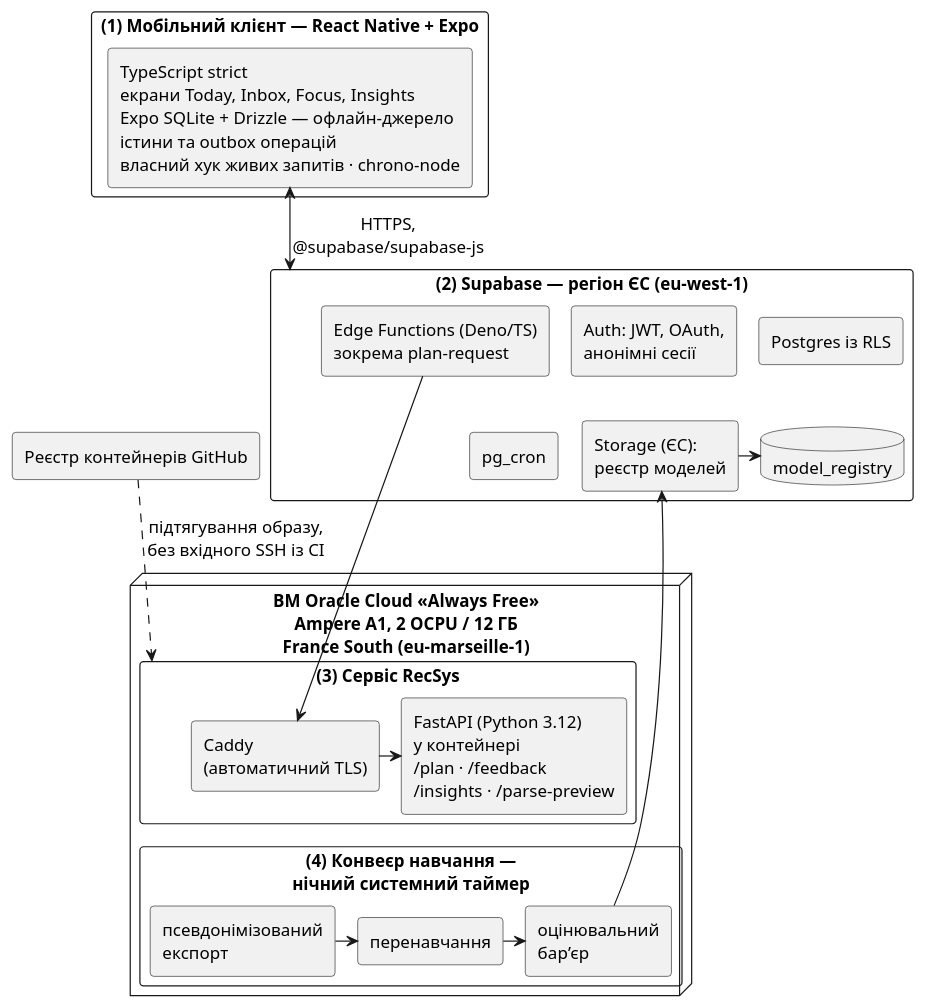
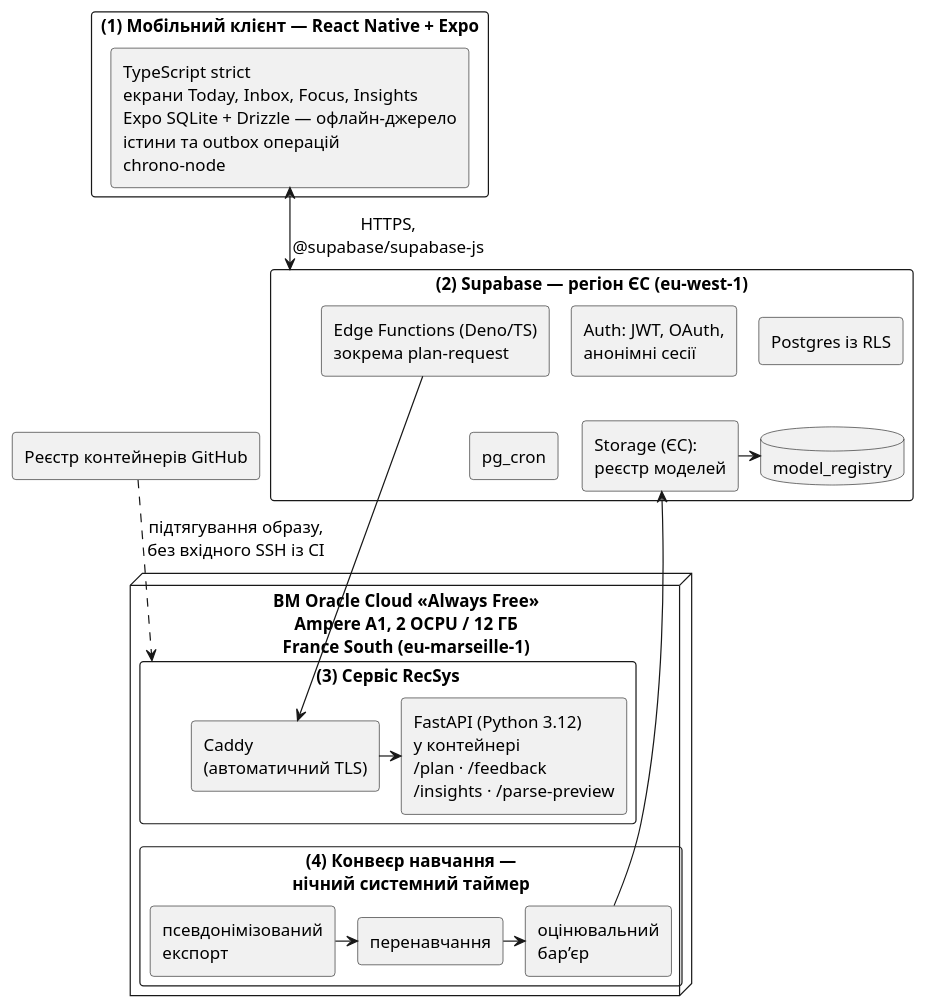
The diagram in docs/thesis/text/diagrams/3-1-architecture.puml (IKala4I/magister_work), drawn with PlantUML before and after one commit. The commit also changed 18 other files, not shown here.

```diff
--- a/docs/thesis/text/diagrams/3-1-architecture.puml
+++ b/docs/thesis/text/diagrams/3-1-architecture.puml
@@ -1,61 +1,61 @@
 @startuml
 ' Рисунок 3.1 — Загальна архітектура системи Hourwell.
 ' Джерело: текст плейсхолдера рисунка 3.1 у full.md (підрозділ 3.2) — чотири рівні, їхній склад і
 ' стрілки взято звідти; нічого поза ним. Стрілка plan-request → /plan без підпису: ім’я функції
 ' стоїть у блоці Edge Functions, /plan — у блоці FastAPI. Рівні (3) і (4) — на одній ВМ, як і сказано в тексті,
 ' тому намальовані в одній рамці ВМ. PlantUML, а не Mermaid: розкладка Mermaid не дає вмістити
 ' рисунок на сторінку з підписами не менше 8 пт (стрілку «конвеєр → Storage» вона веде в обхід).
 !pragma layout smetana
 skinparam defaultFontSize 14
 skinparam defaultFontName Arial
 skinparam monochrome true
 skinparam shadowing false
 skinparam rectangle {
   RoundCorner 6
 }
 skinparam nodesep 18
 skinparam ranksep 34
 top to bottom direction
 
 rectangle "(1) Мобільний клієнт — React Native + Expo" as L1 {
-  rectangle "TypeScript strict\nекрани Today, Inbox, Focus, Insights\nExpo SQLite + Drizzle — офлайн-джерело\nістини та outbox операцій\nвласний хук живих запитів · chrono-node" as C
+  rectangle "TypeScript strict\nекрани Today, Inbox, Focus, Insights\nExpo SQLite + Drizzle — офлайн-джерело\nістини та outbox операцій\nchrono-node" as C
 }
 
 rectangle "(2) Supabase — регіон ЄС (eu-west-1)" as L2 {
   rectangle "Postgres із RLS" as S1
   rectangle "Auth: JWT, OAuth,\nанонімні сесії" as S2
   rectangle "Edge Functions (Deno/TS)\nзокрема plan-request" as S3
   rectangle "pg_cron" as S4
   rectangle "Storage (ЄС):\nреєстр моделей" as S5
   database "model_registry" as S6
 }
 
 node "ВМ Oracle Cloud «Always Free»\nAmpere A1, 2 OCPU / 12 ГБ\nFrance South (eu-marseille-1)" as VM {
   rectangle "(3) Сервіс RecSys" as L3 {
     rectangle "Caddy\n(автоматичний TLS)" as R0
     rectangle "FastAPI (Python 3.12)\nу контейнері\n/plan · /feedback\n/insights · /parse-preview" as R1
   }
   rectangle "(4) Конвеєр навчання —\nнічний системний таймер" as L4 {
     rectangle "псевдонімізований\nекспорт" as T1
     rectangle "перенавчання" as T2
     rectangle "оцінювальний\nбар’єр" as T3
   }
 }
 
 rectangle "Реєстр контейнерів GitHub" as GH
 
 C <-down-> L2 : HTTPS,\n@supabase/supabase-js
 S3 -down-> R0
 R0 -right-> R1
 T1 -right-> T2
 T2 -right-> T3
 T3 -up-> S5
 S5 -right-> S6
 ' розкладка (лише невидимі зв'язки): Supabase у два ряди, RecSys над конвеєром навчання, ВМ під Supabase
 S1 -[hidden]down- S5
 S2 -[hidden]down- S4
 R0 -[hidden]down- T1
 S4 -[hidden]down- R1
 S4 -[hidden]right- GH
 GH .down.> L3 : підтягування образу,\nбез вхідного SSH із CI
 @enduml
```
